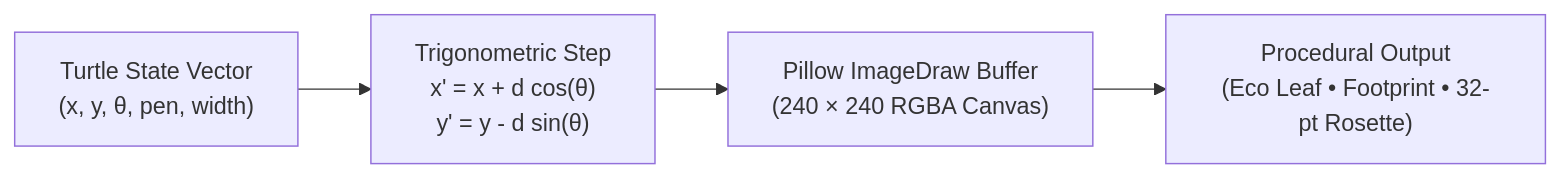
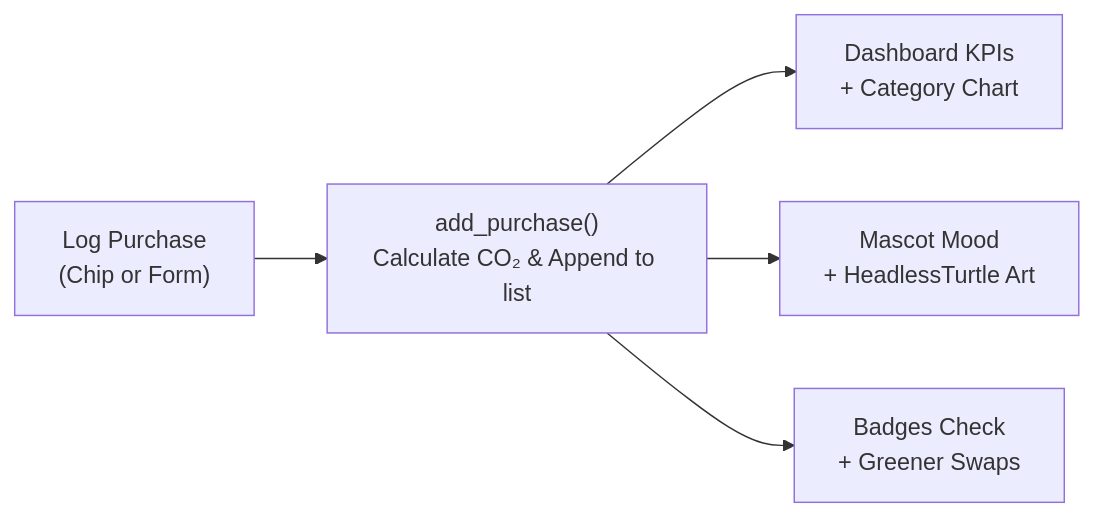
The diagram in README.md (parthibcpana/IDAI102-1000544-PARTH-PARVINBHAI-GAJERA-SA), drawn with Mermaid before and after one commit. The commit also changed other lines of this file and 2 other files, not shown here.

Commit message:
docs(SA): streamline README to match brief stages and add 12-purchase test collage

````diff
--- a/README.md
+++ b/README.md
@@ -389,6 +138,7 @@
 ```mermaid
 flowchart LR
-    A["Turtle State Vector<br>(x, y, θ, pen, width)"] --> B["Trigonometric Step<br>x' = x + d cos(θ)<br>y' = y - d sin(θ)"]
-    B --> C["Pillow ImageDraw Buffer<br>(240 × 240 RGBA Canvas)"]
-    C --> D["Procedural Output<br>(Eco Leaf • Footprint • 32-pt Rosette)"]
+    A["Log Purchase<br>(Chip or Form)"] --> B["add_purchase()<br>Calculate CO₂ & Append to list"]
+    B --> C["Dashboard KPIs<br>+ Category Chart"]
+    B --> D["Mascot Mood<br>+ HeadlessTurtle Art"]
+    B --> E["Badges Check<br>+ Greener Swaps"]
 ```
````
